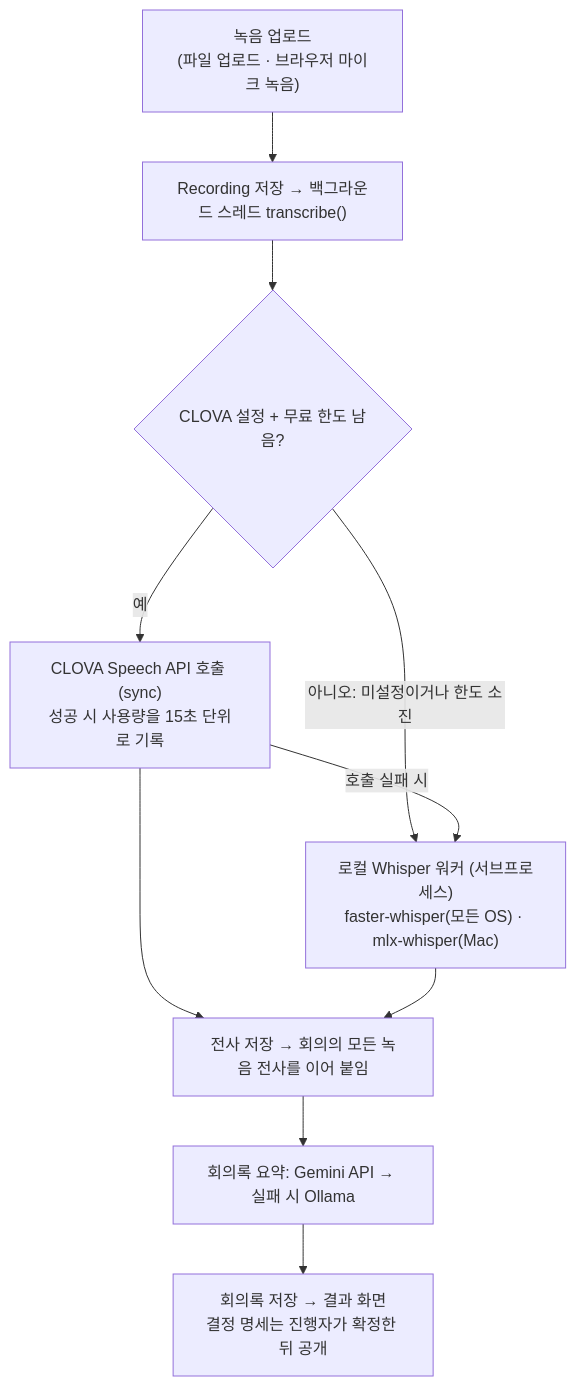
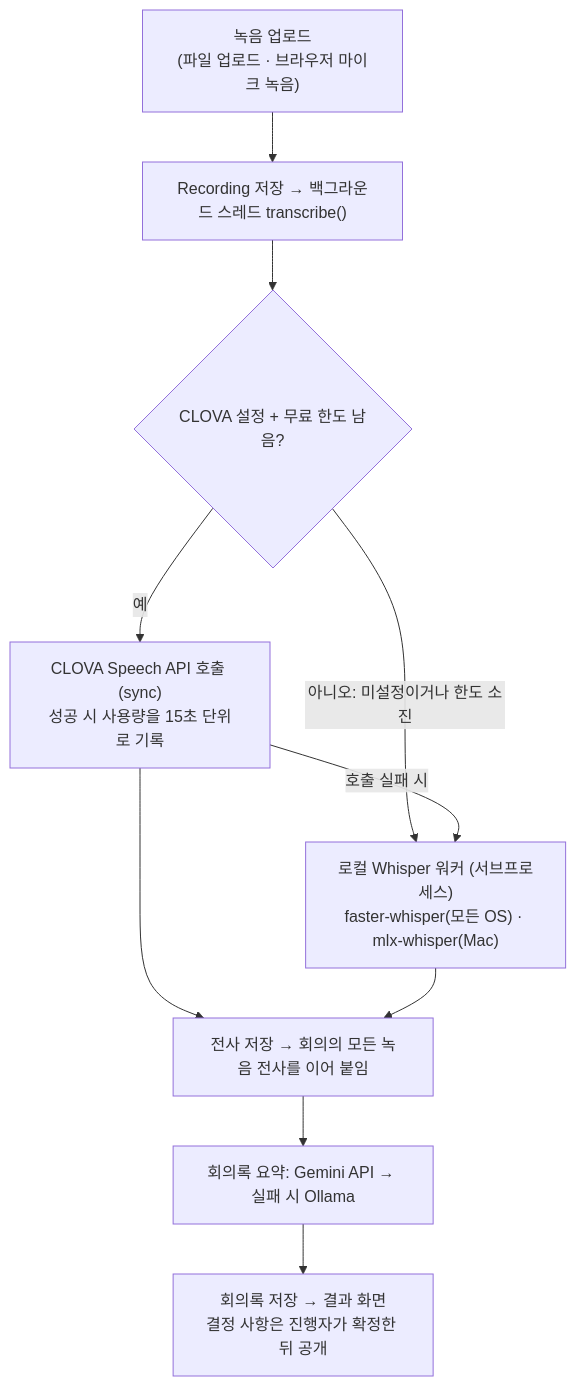
One commit to Yun-seoung/AdvancedProjectLab-04 changed the diagram in docs/소프트웨어_사양서_간략판.md. Above: the diagram before and after it, drawn with Mermaid. The commit also changed other lines of this file and 27 other files, not shown here.

````diff
--- a/docs/소프트웨어_사양서_간략판.md
+++ b/docs/소프트웨어_사양서_간략판.md
@@ -29,12 +29,12 @@
 ```mermaid
 flowchart TD
     A["녹음 업로드<br/>(파일 업로드 · 브라우저 마이크 녹음)"] --> B["Recording 저장 → 백그라운드 스레드 transcribe()"]
     B --> C{"CLOVA 설정 + 무료 한도 남음?"}
     C -->|예| D["CLOVA Speech API 호출 (sync)<br/>성공 시 사용량을 15초 단위로 기록"]
     C -->|아니오: 미설정이거나 한도 소진| E["로컬 Whisper 워커 (서브프로세스)<br/>faster-whisper(모든 OS) · mlx-whisper(Mac)"]
     D -->|호출 실패 시| E
     D --> F["전사 저장 → 회의의 모든 녹음 전사를 이어 붙임"]
     E --> F
     F --> G["회의록 요약: Gemini API → 실패 시 Ollama"]
-    G --> H["회의록 저장 → 결과 화면<br/>결정 명세는 진행자가 확정한 뒤 공개"]
+    G --> H["회의록 저장 → 결과 화면<br/>결정 사항은 진행자가 확정한 뒤 공개"]
 ```
````
